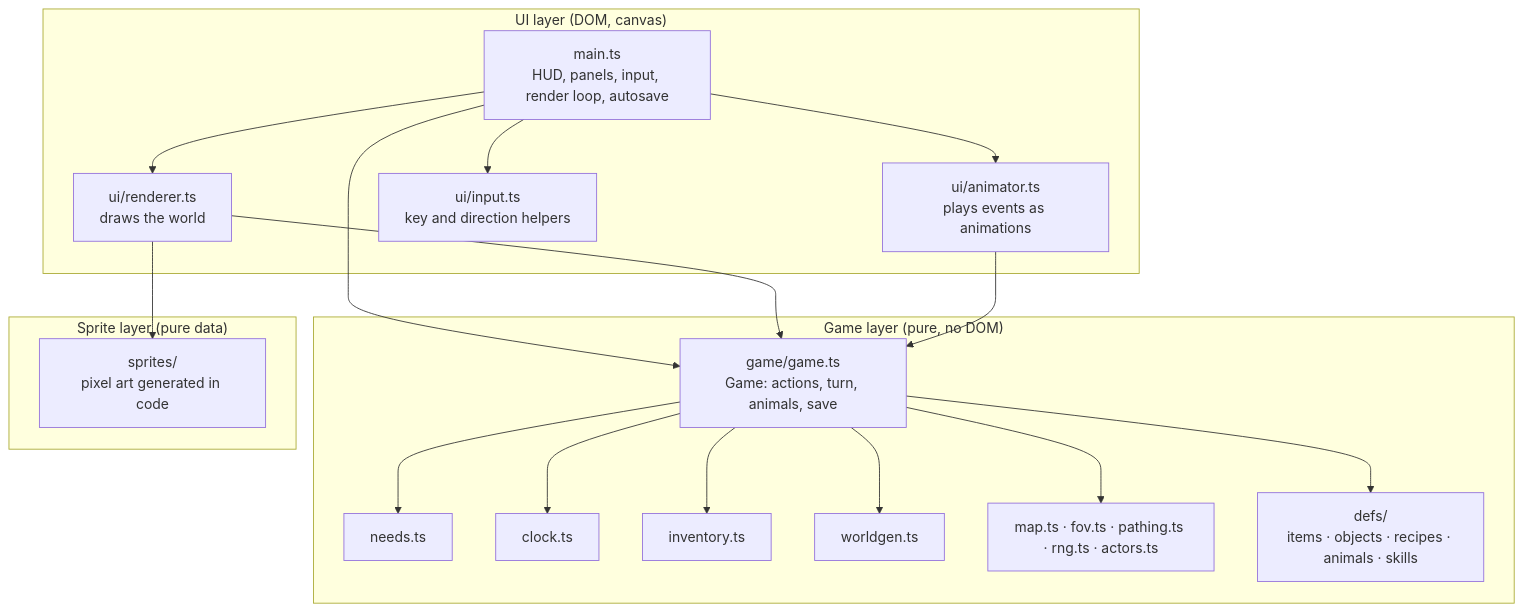
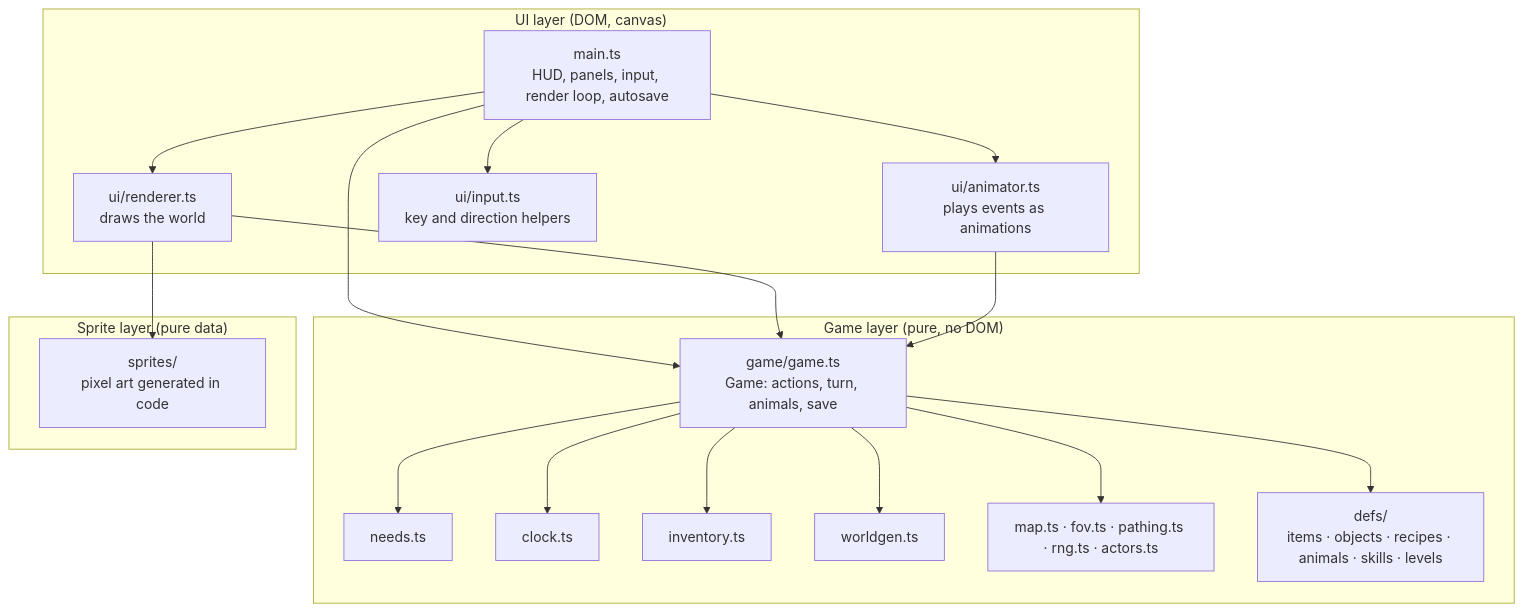
One commit to chief7/pwagame changed the first of 2 diagrams in docs/OVERVIEW.md. Above: the diagram before and after it, drawn with Mermaid. The commit also changed other lines of this file and 18 other files, not shown here.

````diff
--- a/docs/OVERVIEW.md
+++ b/docs/OVERVIEW.md
@@ -51,29 +51,29 @@
 ```mermaid
 flowchart TB
   subgraph UI["UI layer (DOM, canvas)"]
     main["main.ts<br/>HUD, panels, input, render loop, autosave"]
     renderer["ui/renderer.ts<br/>draws the world"]
     animator["ui/animator.ts<br/>plays events as animations"]
     input["ui/input.ts<br/>key and direction helpers"]
   end
   subgraph Logic["Game layer (pure, no DOM)"]
     game["game/game.ts<br/>Game: actions, turn, animals, save"]
     needs["needs.ts"]
     clock["clock.ts"]
     inv["inventory.ts"]
     world["worldgen.ts"]
     support["map.ts · fov.ts · pathing.ts · rng.ts · actors.ts"]
-    defs["defs/<br/>items · objects · recipes · animals · skills"]
+    defs["defs/<br/>items · objects · recipes · animals · skills · levels"]
   end
   subgraph Art["Sprite layer (pure data)"]
     sprites["sprites/<br/>pixel art generated in code"]
   end
   main --> game
   main --> renderer
   main --> animator
   main --> input
   renderer --> sprites
   renderer --> game
   animator --> game
   game --> needs & clock & inv & world & support & defs
 ```
````
